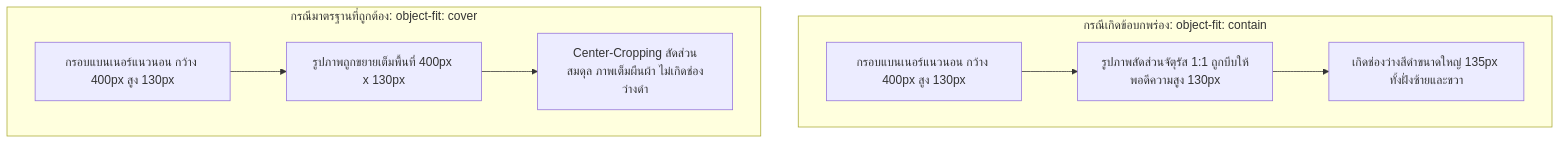
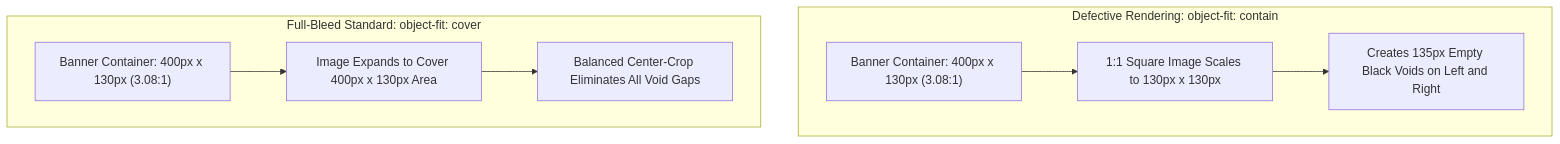
Before and after one commit to jadesolju/Snippet-Studio: the fifth of 6 diagrams in RUBII_CORE_ARCHITECTURE_AND_CSS_ENGINEERING.md, drawn with Mermaid. The commit also changed other lines of this file and 2 other files, not shown here.

Commit message:
docs: standardize all Mermaid diagrams to English with Thai workflow blockquotes and zero emojis

````diff
--- a/RUBII_CORE_ARCHITECTURE_AND_CSS_ENGINEERING.md
+++ b/RUBII_CORE_ARCHITECTURE_AND_CSS_ENGINEERING.md
@@ -211,12 +242,12 @@
 ```mermaid
 flowchart TD
-    subgraph DefectCase["กรณีเกิดข้อบกพร่อง: object-fit: contain"]
-        A1["กรอบแบนเนอร์แนวนอน กว้าง 400px สูง 130px"] --> A2["รูปภาพสัดส่วนจัตุรัส 1:1 ถูกบีบให้พอดีความสูง 130px"]
-        A2 --> A3["เกิดช่องว่างสีดำขนาดใหญ่ 135px ทั้งฝั่งซ้ายและขวา"]
+    subgraph Defect["Defective Rendering: object-fit: contain"]
+        D1["Banner Container: 400px x 130px (3.08:1)"] --> D2["1:1 Square Image Scales to 130px x 130px"]
+        D2 --> D3["Creates 135px Empty Black Voids on Left and Right"]
     end
 
-    subgraph CorrectCase["กรณีมาตรฐานที่ถูกต้อง: object-fit: cover"]
-        B1["กรอบแบนเนอร์แนวนอน กว้าง 400px สูง 130px"] --> B2["รูปภาพถูกขยายเต็มพื้นที่ 400px x 130px"]
-        B2 --> B3["Center-Cropping สัดส่วนสมดุล ภาพเต็มผืนผ้า ไม่เกิดช่องว่างดำ"]
+    subgraph FullBleed["Full-Bleed Standard: object-fit: cover"]
+        F1["Banner Container: 400px x 130px (3.08:1)"] --> F2["Image Expands to Cover 400px x 130px Area"]
+        F2 --> F3["Balanced Center-Crop Eliminates All Void Gaps"]
     end
 ```
````
